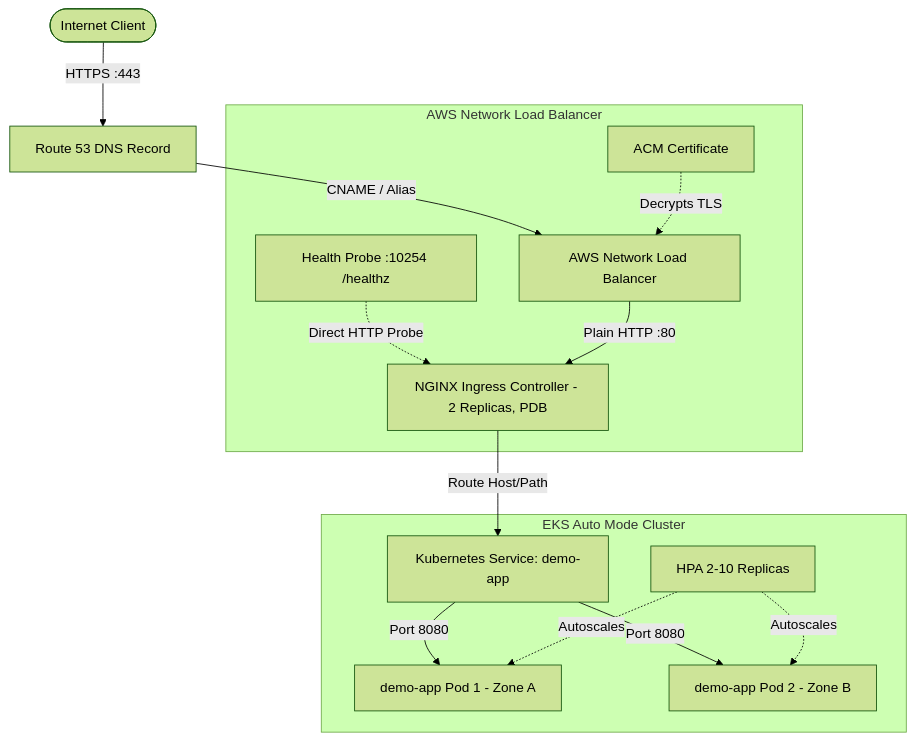
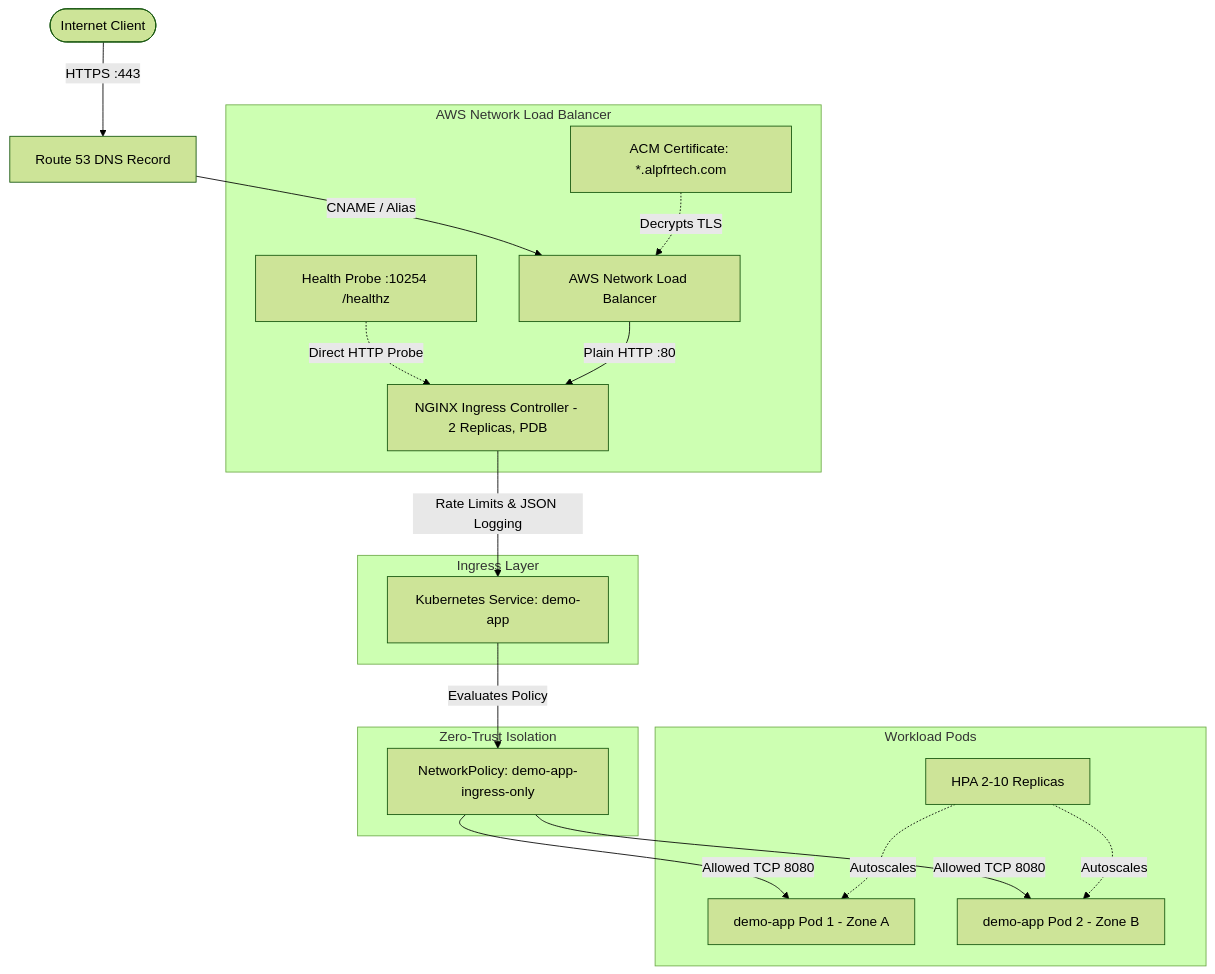
One commit to alpfr/dns-lb-ingress-service-pods changed the diagram in README.md. Above: the diagram before and after it, drawn with Mermaid (forest theme). The commit also changed other lines of this file and 1 other file, not shown here.

Commit message:
docs: enrich architecture diagrams, ECR policies, and production matrices

````diff
--- a/README.md
+++ b/README.md
@@ -78,17 +86,22 @@
 ```mermaid
 graph TD
     Client([Internet Client]) -->|HTTPS :443| R53[Route 53 DNS Record]
     R53 -->|CNAME / Alias| NLB[AWS Network Load Balancer]
     subgraph AWS Network Load Balancer
-        ACM[ACM Certificate] -.->|Decrypts TLS| NLB
+        ACM[ACM Certificate: *.alpfrtech.com] -.->|Decrypts TLS| NLB
         Probe[Health Probe :10254 /healthz] -.->|Direct HTTP Probe| NGINX
     end
     NLB -->|Plain HTTP :80| NGINX[NGINX Ingress Controller - 2 Replicas, PDB]
-    subgraph EKS Auto Mode Cluster
-        NGINX -->|Route Host/Path| Svc[Kubernetes Service: demo-app]
-        Svc -->|Port 8080| Pod1[demo-app Pod 1 - Zone A]
-        Svc -->|Port 8080| Pod2[demo-app Pod 2 - Zone B]
+    subgraph Ingress Layer
+        NGINX -->|Rate Limits & JSON Logging| Svc[Kubernetes Service: demo-app]
+    end
+    subgraph Zero-Trust Isolation
+        Svc -->|Evaluates Policy| NP[NetworkPolicy: demo-app-ingress-only]
+    end
+    subgraph Workload Pods
+        NP -->|Allowed TCP 8080| Pod1[demo-app Pod 1 - Zone A]
+        NP -->|Allowed TCP 8080| Pod2[demo-app Pod 2 - Zone B]
         HPA[HPA 2-10 Replicas] -.->|Autoscales| Pod1
         HPA -.->|Autoscales| Pod2
     end
 ```
````
